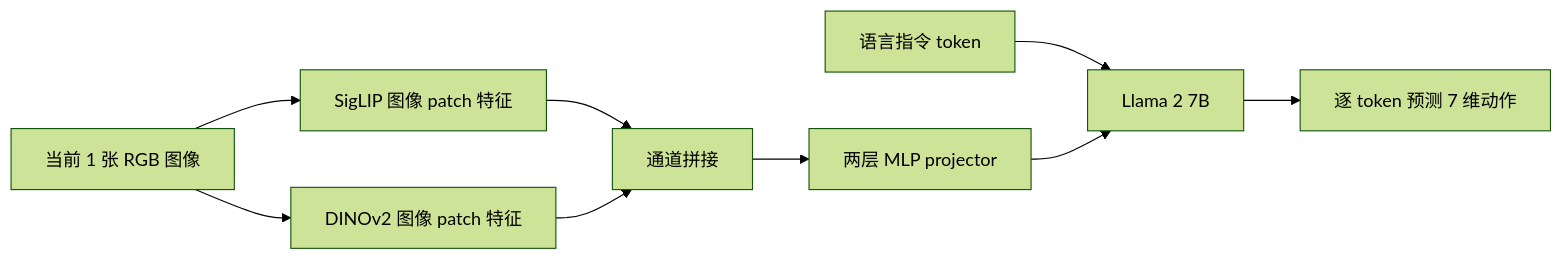
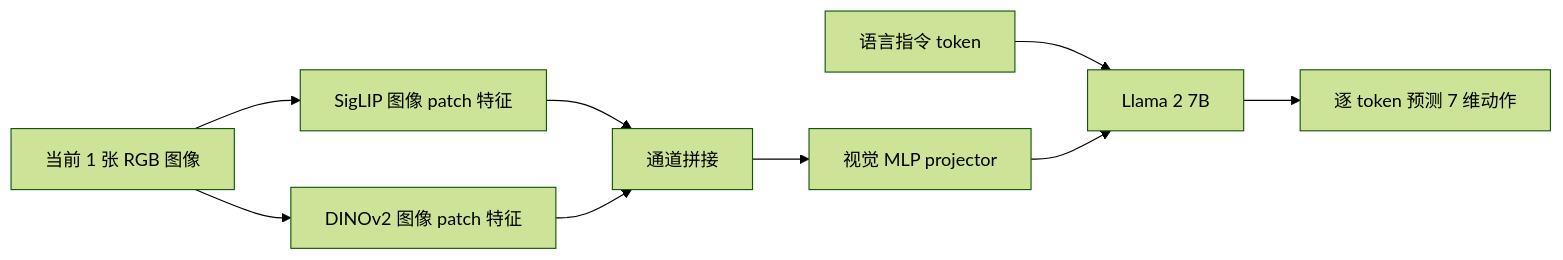
The second of 2 diagrams in 03-openvla/notes/01-模型与训练.md (YangLee019/VLA-Learning), drawn with Mermaid (forest theme) before and after one commit. The commit also changed other lines of this file and 7 other files, not shown here.

Commit message:
Expand OpenVLA architecture and add OpenVLA-OFT stage

````diff
--- a/03-openvla/notes/01-模型与训练.md
+++ b/03-openvla/notes/01-模型与训练.md
@@ -28,11 +28,11 @@
 ```mermaid
 flowchart LR
     I[当前 1 张 RGB 图像] --> S[SigLIP 图像 patch 特征]
     I --> D[DINOv2 图像 patch 特征]
     S --> K[通道拼接]
     D --> K
-    K --> P[两层 MLP projector]
+    K --> P[视觉 MLP projector]
     L[语言指令 token] --> B[Llama 2 7B]
     P --> B
     B --> Z[逐 token 预测 7 维动作]
 ```
````
